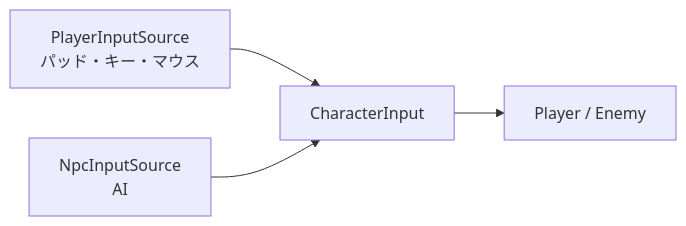
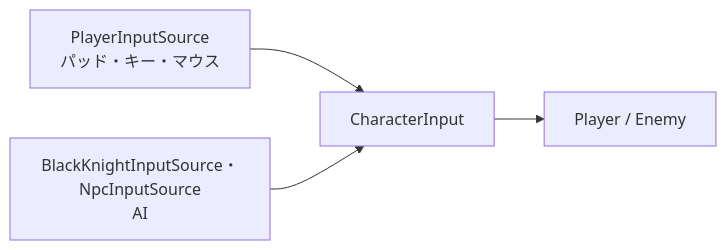
One commit to hirota-ryuki/Action changed the diagram in Action/docs/ゲーム/キャラクター/入力の設計.md. Above: the diagram before and after it, drawn with Mermaid. The commit also changed other lines of this file, not shown here.

````diff
--- a/Action/docs/ゲーム/キャラクター/入力の設計.md
+++ b/Action/docs/ゲーム/キャラクター/入力の設計.md
@@ -17,6 +17,6 @@
 ```mermaid
 flowchart LR
     P["PlayerInputSource<br/>パッド・キー・マウス"] --> I[CharacterInput]
-    N["NpcInputSource<br/>AI"] --> I
+    N["BlackKnightInputSource・NpcInputSource<br/>AI"] --> I
     I --> C[Player / Enemy]
 ```
````
